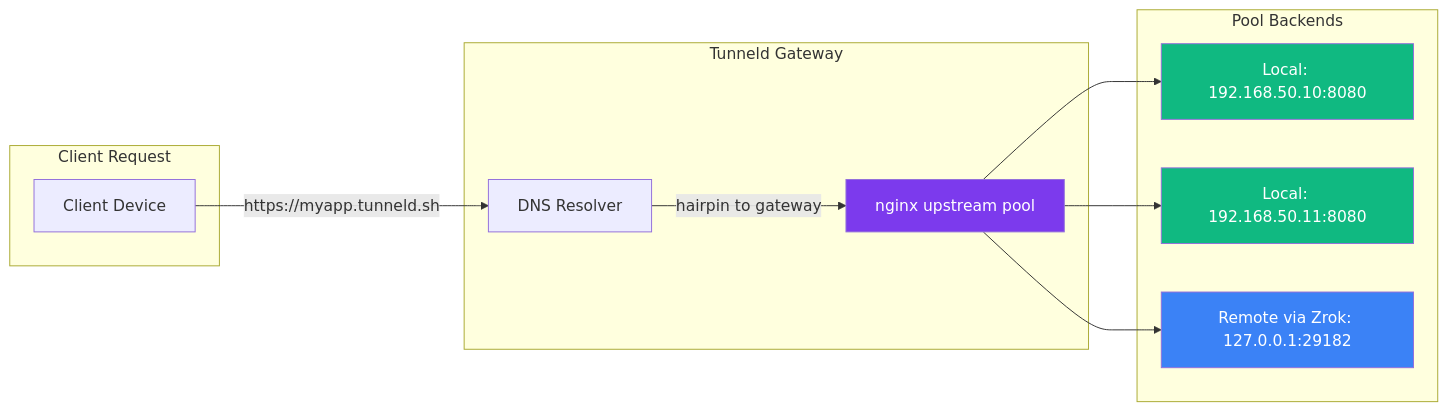
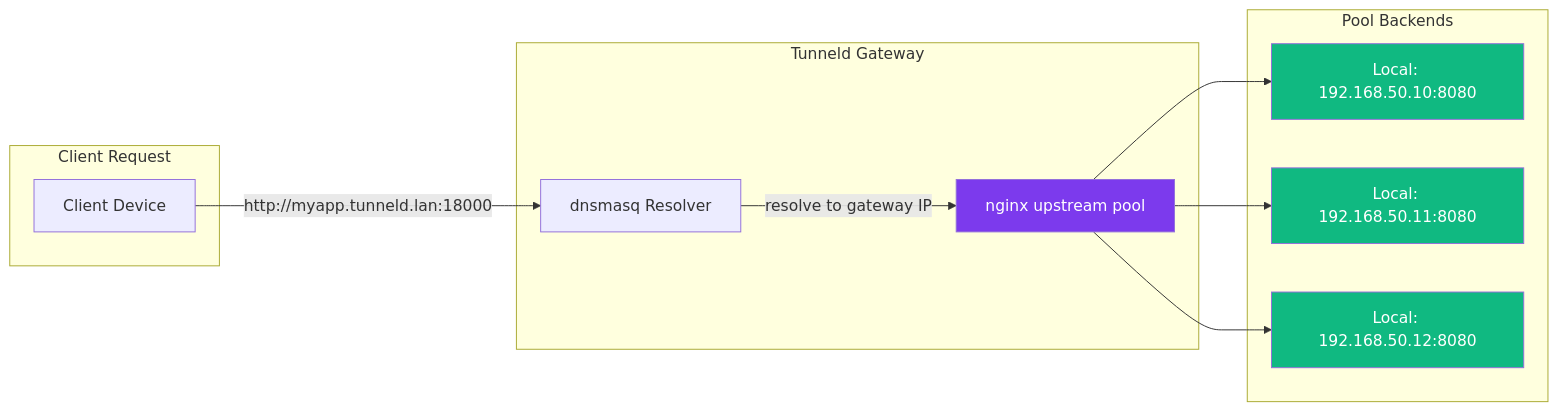
One commit to toreanjoel/tunneld changed the first of 2 diagrams in docs/distributed-load-balancing.md. Above: the diagram before and after it, drawn with Mermaid. The commit also changed other lines of this file and 42 other files, not shown here.

````diff
--- a/docs/distributed-load-balancing.md
+++ b/docs/distributed-load-balancing.md
@@ -13,28 +11,28 @@
 ```mermaid
 graph LR
     subgraph Client Request
         C[Client Device]
     end
 
     subgraph Tunneld Gateway
-        DNS[DNS Resolver]
+        DNS[dnsmasq Resolver]
         NG[nginx upstream pool]
     end
 
     subgraph Pool Backends
         L1[Local: 192.168.50.10:8080]
         L2[Local: 192.168.50.11:8080]
-        R1[Remote via Zrok: 127.0.0.1:29182]
+        L3[Local: 192.168.50.12:8080]
     end
 
-    C -->|https://myapp.tunneld.sh| DNS
-    DNS -->|hairpin to gateway| NG
+    C -->|http://myapp.tunneld.lan:18000| DNS
+    DNS -->|resolve to gateway IP| NG
     NG --> L1
     NG --> L2
-    NG --> R1
+    NG --> L3
 
     style NG fill:#7c3aed,color:#fff
     style L1 fill:#10b981,color:#fff
     style L2 fill:#10b981,color:#fff
-    style R1 fill:#3b82f6,color:#fff
+    style L3 fill:#10b981,color:#fff
 ```
````
